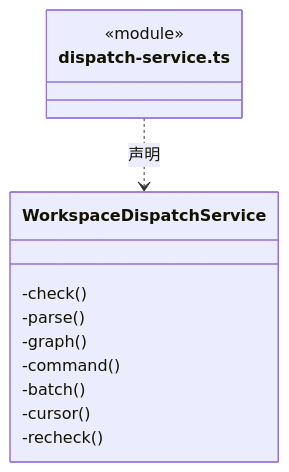
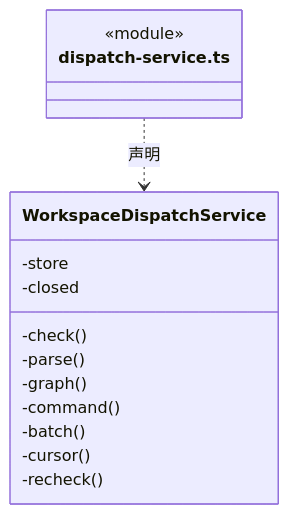
One commit to nan023062/cbim changed the fifth of 28 diagrams in src/backend/scheduler-engine/execution/ARCHITECTURE.md. Above: the diagram before and after it, drawn with Mermaid. The commit also changed other lines of this file and 49 other files, not shown here.

````diff
--- a/src/backend/scheduler-engine/execution/ARCHITECTURE.md
+++ b/src/backend/scheduler-engine/execution/ARCHITECTURE.md
@@ -168,16 +171,18 @@
 ```mermaid
 classDiagram
 class N_src_backend_scheduler_engine_execution_dispatch_service_ts["dispatch-service.ts"] {
   <<module>>
 }
 class N_src_backend_scheduler_engine_execution_dispatch_service_ts_WorkspaceDispatchService["WorkspaceDispatchService"] {
+  -store
+  -closed
   -check()
   -parse()
   -graph()
   -command()
   -batch()
   -cursor()
   -recheck()
 }
 N_src_backend_scheduler_engine_execution_dispatch_service_ts ..> N_src_backend_scheduler_engine_execution_dispatch_service_ts_WorkspaceDispatchService : 声明
 ```
````
